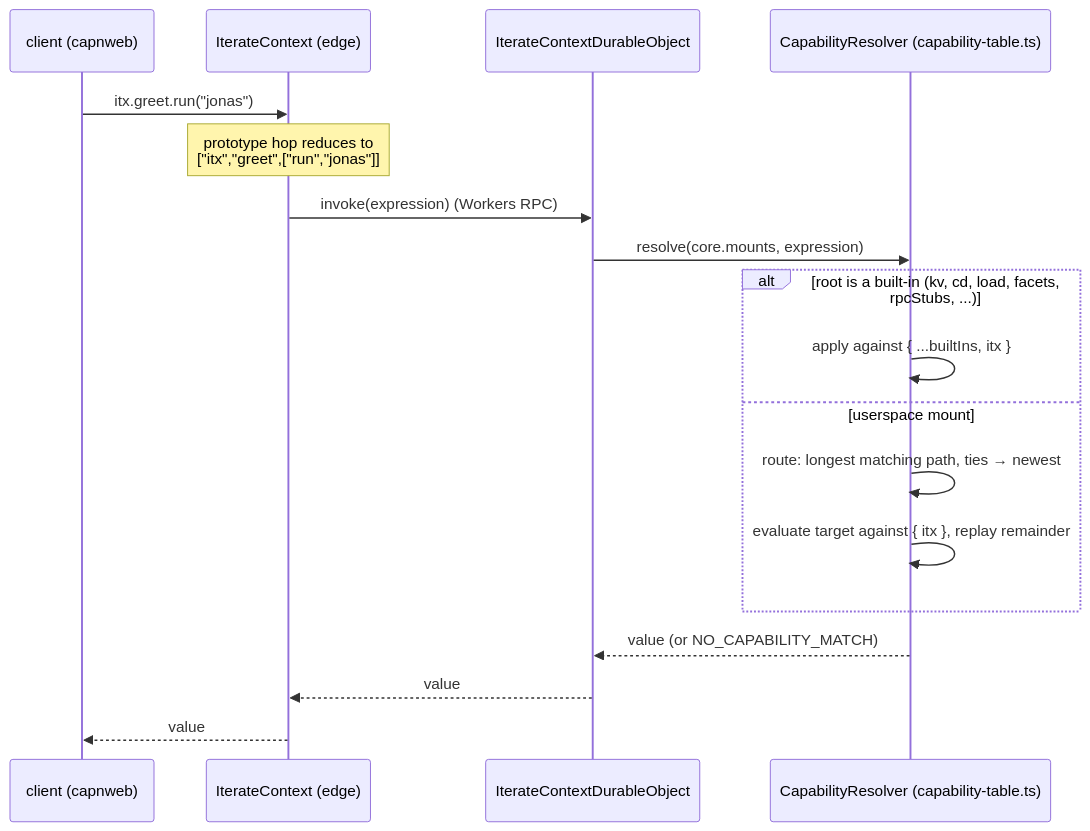
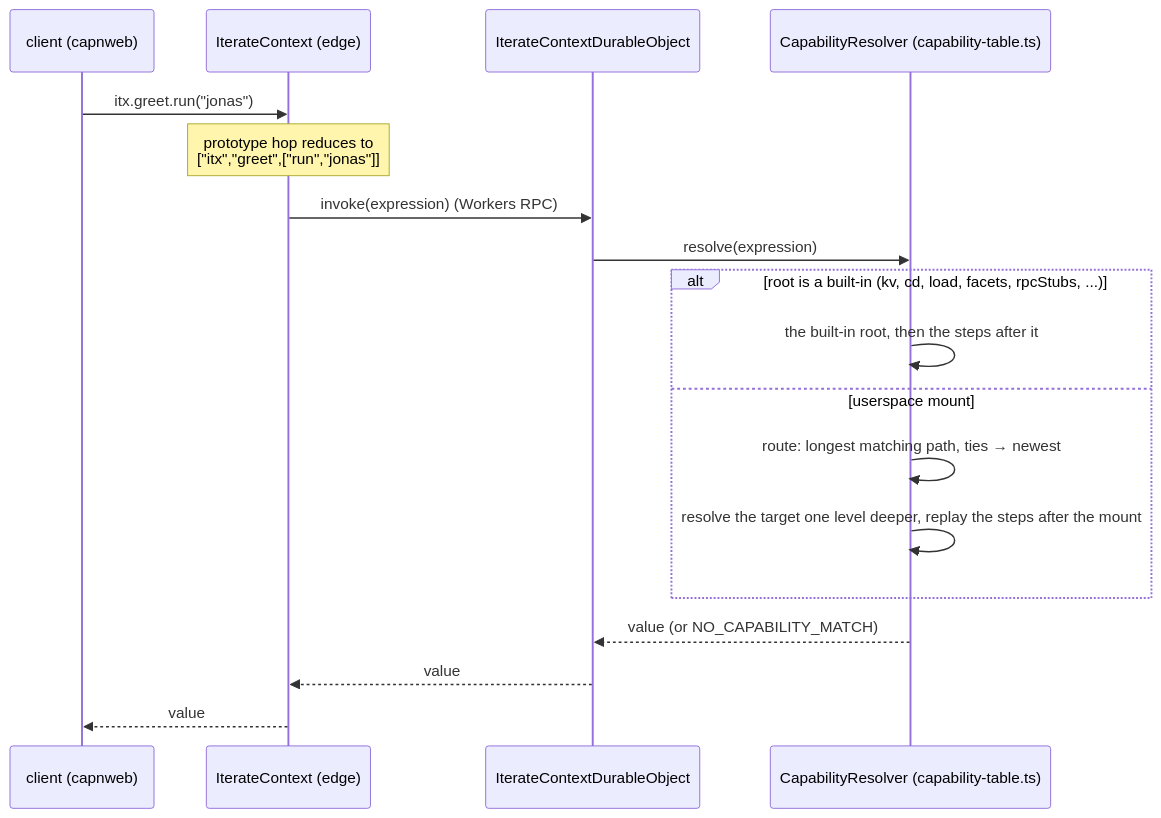
The second of 5 diagrams in packages/v3/project-worker/docs/clean-room-api-walkthrough.md (iterate/iterate), drawn with Mermaid before and after one commit. The commit also changed other lines of this file and 31 other files, not shown here.

First line of the commit message:
Clean-room: the context layer — a flat resolve, one rpc-stub file, a linear loader; DO seams applied

````diff
--- a/packages/v3/project-worker/docs/clean-room-api-walkthrough.md
+++ b/packages/v3/project-worker/docs/clean-room-api-walkthrough.md
@@ -1204,20 +1196,20 @@
 ```mermaid
 sequenceDiagram
   participant C as client (capnweb)
   participant E as IterateContext (edge)
   participant D as IterateContextDurableObject
   participant T as CapabilityResolver (capability-table.ts)
   C->>E: itx.greet.run("jonas")
   Note over E: prototype hop reduces to<br/>["itx","greet",["run","jonas"]]
   E->>D: invoke(expression)   (Workers RPC)
-  D->>T: resolve(core.mounts, expression)
+  D->>T: resolve(expression)
   alt root is a built-in (kv, cd, load, facets, rpcStubs, ...)
-    T->>T: apply against { ...builtIns, itx }
+    T->>T: the built-in root, then the steps after it
   else userspace mount
     T->>T: route: longest matching path, ties → newest
-    T->>T: evaluate target against { itx }, replay remainder
+    T->>T: resolve the target one level deeper, replay the steps after the mount
   end
   T-->>D: value (or NO_CAPABILITY_MATCH)
   D-->>E: value
   E-->>C: value
 ```
````
